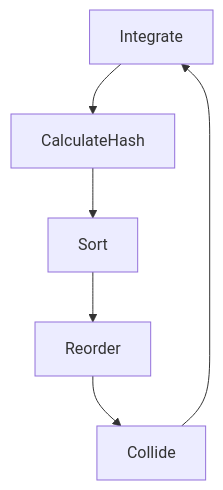
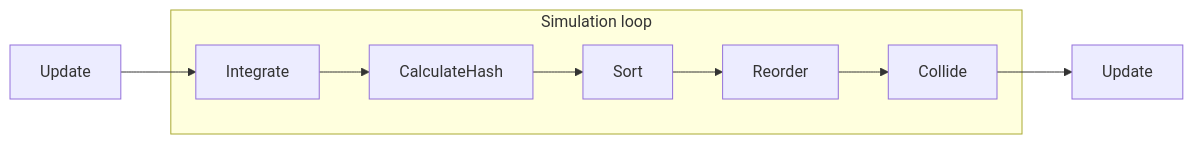
One commit to Goubermouche/VFD changed the fourth of 4 diagrams in Documents/SoftwareRequirementSpecification.md. Above: the diagram before and after it, drawn with Mermaid. The commit also changed other lines of this file, not shown here.

````diff
--- a/Documents/SoftwareRequirementSpecification.md
+++ b/Documents/SoftwareRequirementSpecification.md
@@ -435,8 +481,11 @@
 ```mermaid
-  graph TD;
+  graph LR;
+      1[Update]-->Integrate
+      subgraph Simulation loop
       Integrate-->CalculateHash;
       CalculateHash-->Sort;
       Sort-->Reorder;
       Reorder-->Collide;
-      Collide-->Integrate;
+      end
+      Collide-->2[Update];
 ```
````
